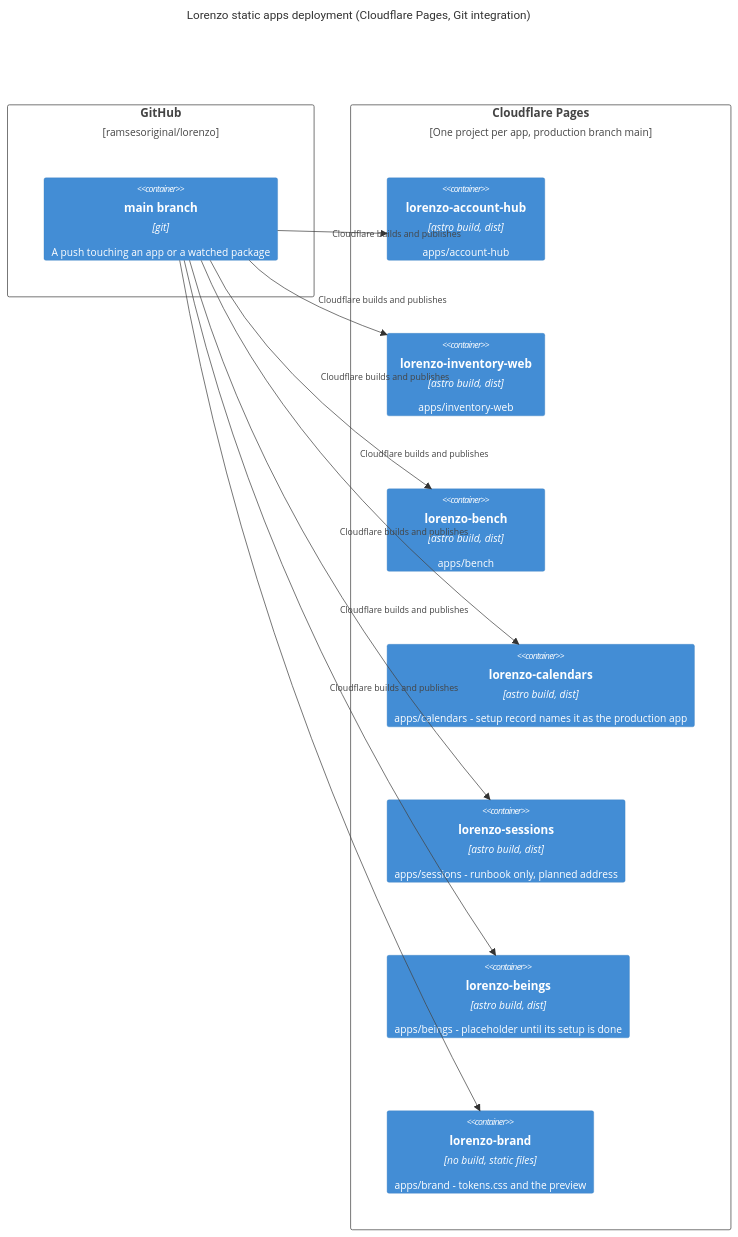
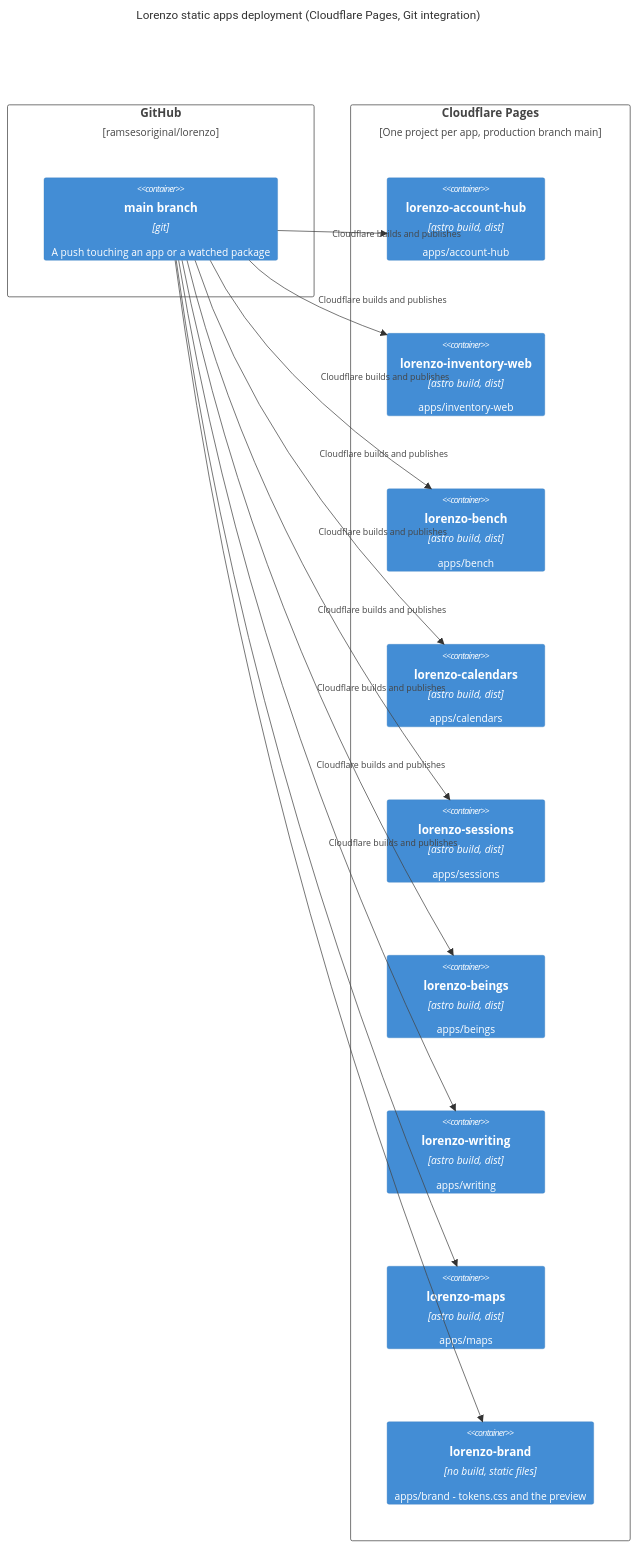
Before and after one commit to ramsesoriginal/lorenzo: the third of 3 diagrams in docs/architecture/diagrams/deployment.md, drawn with Mermaid. The commit also changed other lines of this file and 2 other files, not shown here.

Commit message:
docs(architecture): draw external systems, Maps and Writing, and the full CI job list

````diff
--- a/docs/architecture/diagrams/deployment.md
+++ b/docs/architecture/diagrams/deployment.md
@@ -84,26 +91,30 @@
 ```mermaid
 C4Deployment
   title Lorenzo static apps deployment (Cloudflare Pages, Git integration)
 
   Deployment_Node(gh, "GitHub", "ramsesoriginal/lorenzo"){
     Container(repo, "main branch", "git", "A push touching an app or a watched package")
   }
 
   Deployment_Node(cf, "Cloudflare Pages", "One project per app, production branch main"){
     Container(hub, "lorenzo-account-hub", "astro build, dist", "apps/account-hub")
     Container(inv, "lorenzo-inventory-web", "astro build, dist", "apps/inventory-web")
     Container(bench, "lorenzo-bench", "astro build, dist", "apps/bench")
-    Container(cal, "lorenzo-calendars", "astro build, dist", "apps/calendars - setup record names it as the production app")
-    Container(ses, "lorenzo-sessions", "astro build, dist", "apps/sessions - runbook only, planned address")
-    Container(beings, "lorenzo-beings", "astro build, dist", "apps/beings - placeholder until its setup is done")
+    Container(cal, "lorenzo-calendars", "astro build, dist", "apps/calendars")
+    Container(ses, "lorenzo-sessions", "astro build, dist", "apps/sessions")
+    Container(beings, "lorenzo-beings", "astro build, dist", "apps/beings")
+    Container(writing, "lorenzo-writing", "astro build, dist", "apps/writing")
+    Container(maps, "lorenzo-maps", "astro build, dist", "apps/maps")
     Container(brand, "lorenzo-brand", "no build, static files", "apps/brand - tokens.css and the preview")
   }
 
   Rel(repo, hub, "Cloudflare builds and publishes")
   Rel(repo, inv, "Cloudflare builds and publishes")
   Rel(repo, bench, "Cloudflare builds and publishes")
   Rel(repo, cal, "Cloudflare builds and publishes")
   Rel(repo, ses, "Cloudflare builds and publishes")
   Rel(repo, beings, "Cloudflare builds and publishes")
+  Rel(repo, writing, "Cloudflare builds and publishes")
+  Rel(repo, maps, "Cloudflare builds and publishes")
   Rel(repo, brand, "Cloudflare builds and publishes")
 ```
````
